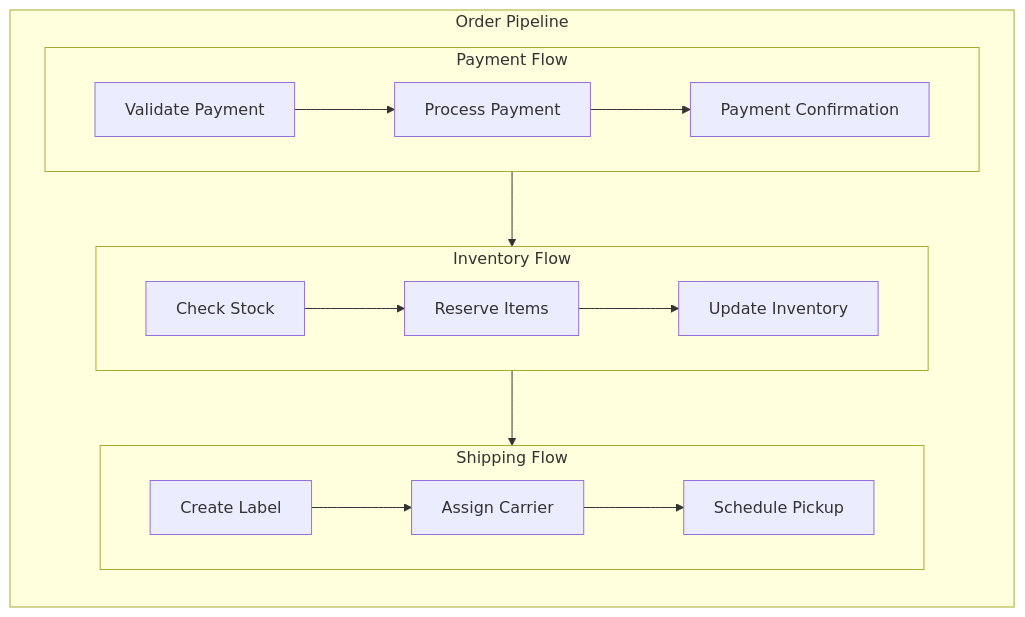
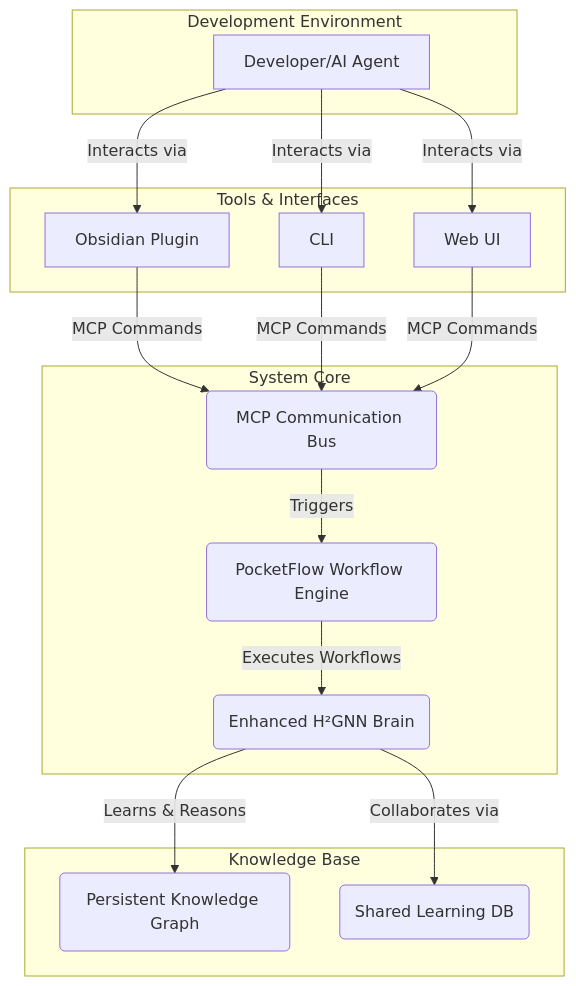
One commit to bthornemail/hyperbolic-geometric-neural-network changed the diagram in GEMINI.md. Above: the diagram before and after it, drawn with Mermaid. The commit also changed other lines of this file and 34 other files, not shown here.

First line of the commit message:
I'll perform a comprehensive analysis of your codebase and research how to update the rules to better integrate with your H²GNN implementation and PocketFlow framework. Let me start by examining the current state of your project.

````diff
--- a/GEMINI.md
+++ b/GEMINI.md
@@ -911,19 +23,35 @@
 ```mermaid
-flowchart LR
-    subgraph order_pipeline[Order Pipeline]
-        subgraph paymentFlow["Payment Flow"]
-            A[Validate Payment] --> B[Process Payment] --> C[Payment Confirmation]
-        end
+flowchart TD
+    subgraph "Development Environment"
+        A[Developer/AI Agent]
+    end
 
-        subgraph inventoryFlow["Inventory Flow"]
-            D[Check Stock] --> E[Reserve Items] --> F[Update Inventory]
-        end
+    subgraph "System Core"
+        B(Enhanced H²GNN Brain)
+        C(PocketFlow Workflow Engine)
+        D(MCP Communication Bus)
+    end
 
-        subgraph shippingFlow["Shipping Flow"]
-            G[Create Label] --> H[Assign Carrier] --> I[Schedule Pickup]
-        end
+    subgraph "Tools & Interfaces"
+        E[Obsidian Plugin]
+        F[CLI]
+        G[Web UI]
+    end
 
-        paymentFlow --> inventoryFlow
-        inventoryFlow --> shippingFlow
+    subgraph "Knowledge Base"
+        H(Persistent Knowledge Graph)
+        I(Shared Learning DB)
     end
+
+    A -- Interacts via --> F & G
+    A -- Interacts via --> E
+
+    E -- MCP Commands --> D
+    F -- MCP Commands --> D
+    G -- MCP Commands --> D
+
+    D -- Triggers --> C
+    C -- Executes Workflows --> B
+    B -- Learns & Reasons --> H
+    B -- Collaborates via --> I
 ```
````
